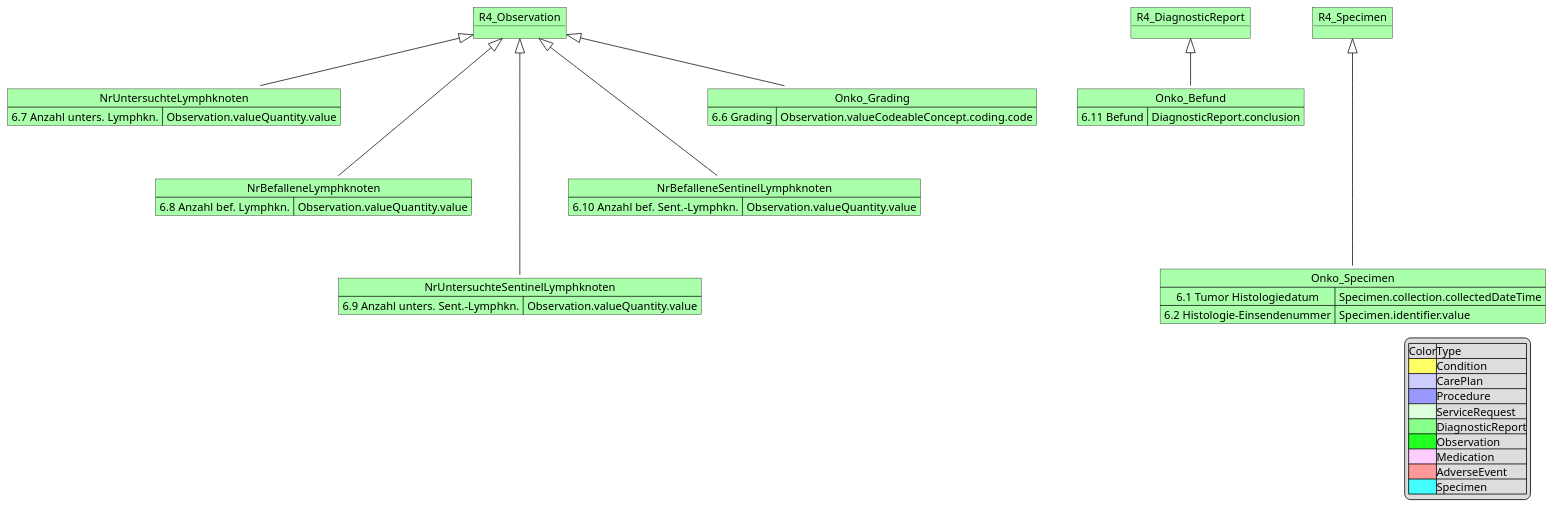
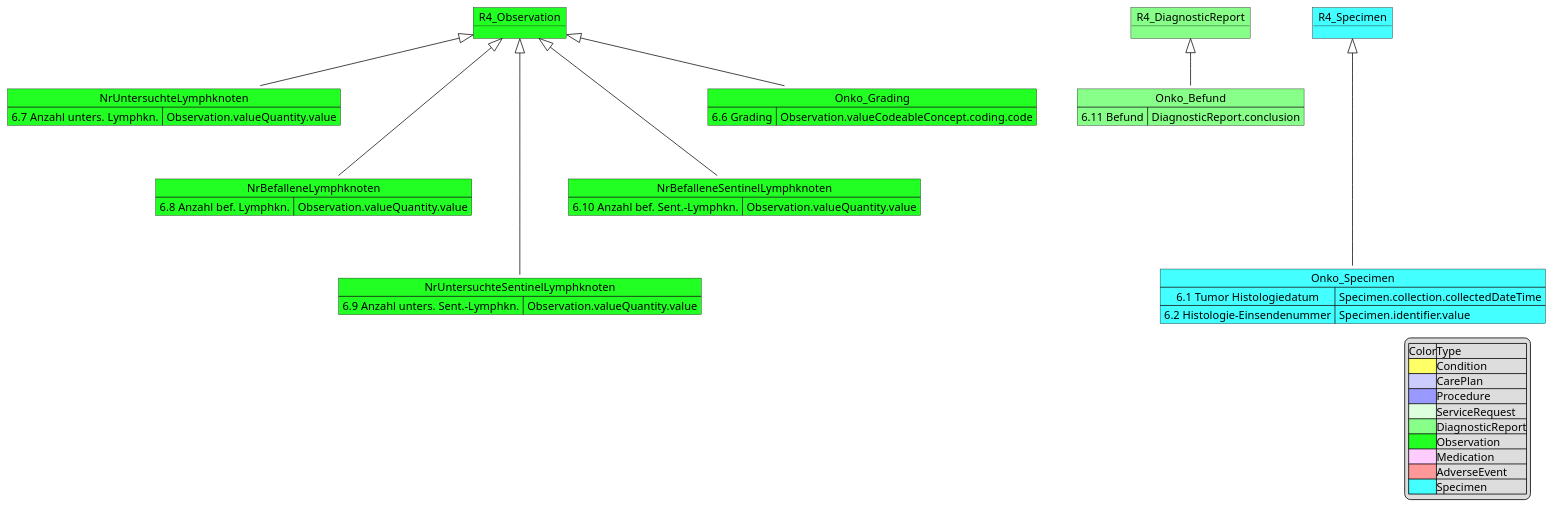
One commit to medizininformatik-initiative/kerndatensatzmodul-onkologie changed the diagram in information_model/MII_Onko_06_Histologie.pu. Above: the diagram before and after it, drawn with PlantUML. The commit also changed 31 other files, not shown here.

```diff
--- a/information_model/MII_Onko_06_Histologie.pu
+++ b/information_model/MII_Onko_06_Histologie.pu
@@ -1,65 +1,65 @@
 @startuml MII_Onko_06_Histologie
 
-object R4_Observation #AAFFAA
+object R4_Observation #22FF22
 
-Map  NrUntersuchteLymphknoten #AAFFAA {
+Map  NrUntersuchteLymphknoten #22FF22 {
     6.7 Anzahl unters. Lymphkn. => Observation.valueQuantity.value
 }
 
 R4_Observation <|-down- NrUntersuchteLymphknoten
 
-Map NrBefalleneLymphknoten #AAFFAA {
+Map NrBefalleneLymphknoten #22FF22 {
 6.8 Anzahl bef. Lymphkn. => Observation.valueQuantity.value
 }
 R4_Observation <|-down-- NrBefalleneLymphknoten
 
 
-Map NrUntersuchteSentinelLymphknoten  #AAFFAA{
+Map NrUntersuchteSentinelLymphknoten  #22FF22{
 6.9 Anzahl unters. Sent.-Lymphkn. => Observation.valueQuantity.value
 }
 
 R4_Observation <|-down--- NrUntersuchteSentinelLymphknoten
 
-Map NrBefalleneSentinelLymphknoten  #AAFFAA{
+Map NrBefalleneSentinelLymphknoten  #22FF22{
 6.10 Anzahl bef. Sent.-Lymphkn. => Observation.valueQuantity.value
 }
 R4_Observation <|-down-- NrBefalleneSentinelLymphknoten
 
 
 
-Map Onko_Grading #AAFFAA {
+Map Onko_Grading #22FF22 {
 6.6 Grading =>Observation.valueCodeableConcept.coding.code
 }
 R4_Observation <|-- Onko_Grading
 
-Map Onko_Befund #AAFFAA{
+Map Onko_Befund #88FF88{
 6.11 Befund => DiagnosticReport.conclusion
 }
 
  
-object R4_DiagnosticReport #AAFFAA
+object R4_DiagnosticReport #88FF88
 R4_DiagnosticReport <|-- Onko_Befund 
 
-Map Onko_Specimen #AAFFAA {
+Map Onko_Specimen #44FFFF {
 6.1 Tumor Histologiedatum => Specimen.collection.collectedDateTime
 6.2 Histologie-Einsendenummer => Specimen.identifier.value
 }
-object R4_Specimen #AAFFAA
+object R4_Specimen #44FFFF
 R4_Specimen <|---- Onko_Specimen
 
 legend right 
 |Color|Type|
 |<#FFFF66>|Condition|
 |<#CCCCFF>|CarePlan|
 |<#9999FF>|Procedure|
 |<#DDFFDD>|ServiceRequest|
 |<#88FF88>|DiagnosticReport|
 |<#22FF22>|Observation|
 |<#FFCCFF>|Medication|
 |<#FF9999>|AdverseEvent|
 |<#44FFFF>|Specimen|
 endlegend
 
 
 
 @enduml
```
